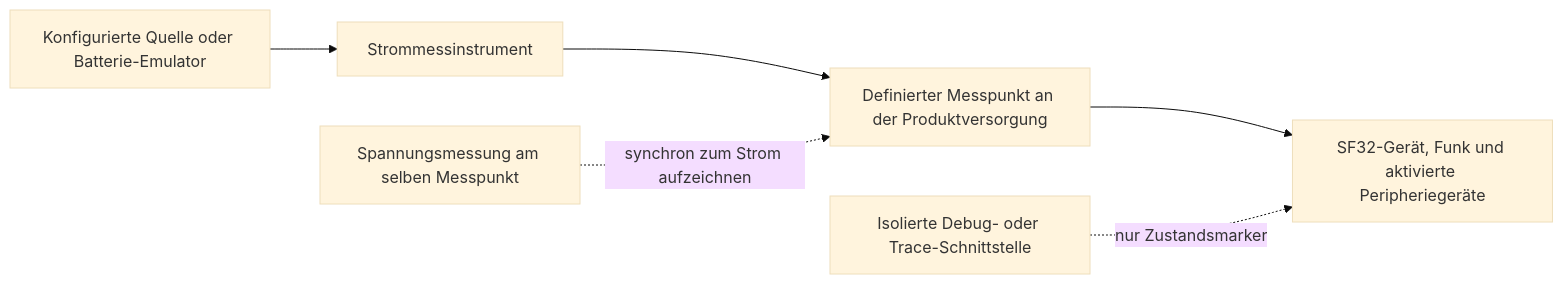
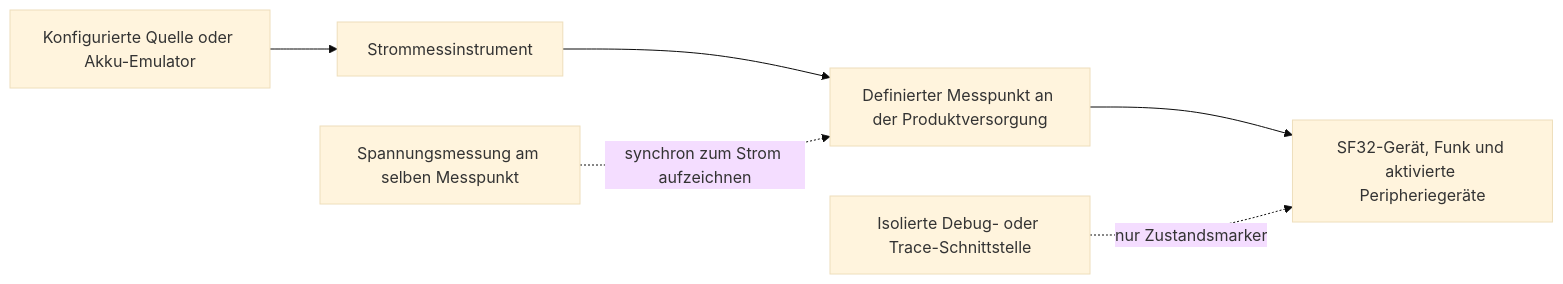
The first of 3 diagrams in docs_de/learn/bluetooth/bluetooth-low-power-profiling.md (uForge-io/uforge-site), drawn with Mermaid (base theme) before and after one commit. The commit also changed other lines of this file and 1299 other files, not shown here.

````diff
--- a/docs_de/learn/bluetooth/bluetooth-low-power-profiling.md
+++ b/docs_de/learn/bluetooth/bluetooth-low-power-profiling.md
@@ -47,8 +47,8 @@
 ```mermaid
 flowchart LR
-    A["Konfigurierte Quelle oder Batterie-Emulator"] --> B["Strommessinstrument"]
+    A["Konfigurierte Quelle oder Akku-Emulator"] --> B["Strommessinstrument"]
     B --> C["Definierter Messpunkt an der Produktversorgung"]
     C --> D["SF32-Gerät, Funk und aktivierte Peripheriegeräte"]
     E["Spannungsmessung am selben Messpunkt"] -. "synchron zum Strom aufzeichnen" .-> C
     F["Isolierte Debug- oder Trace-Schnittstelle"] -. "nur Zustandsmarker" .-> D
 ```
````
